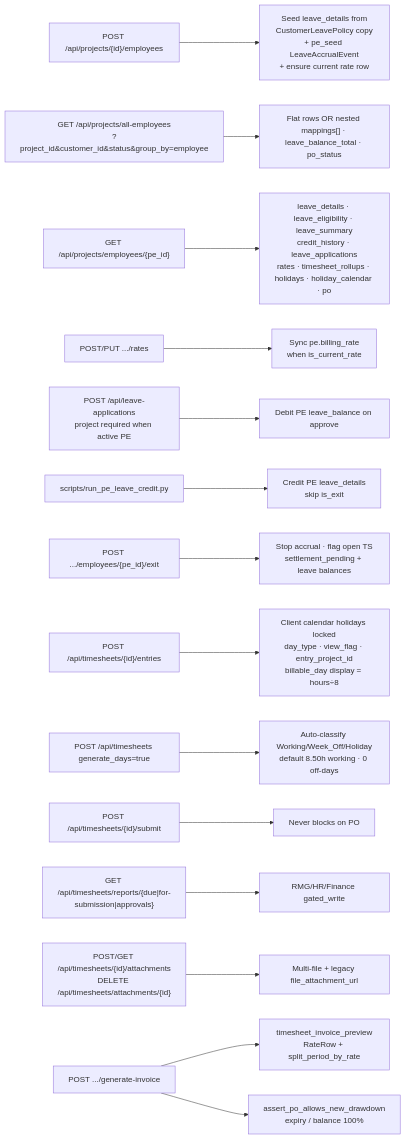
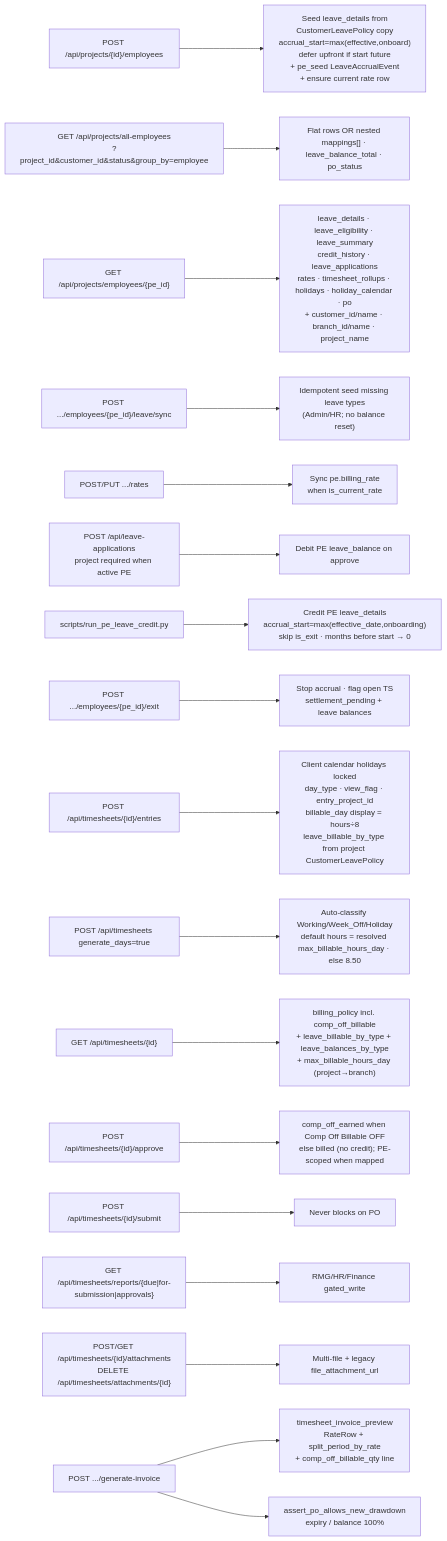
One commit to pawan-88/CRM-AI-Interview-Backend-B-V2 changed the eighth of 10 diagrams in docs/architecture/04-api-flow.md. Above: the diagram before and after it, drawn with Mermaid. The commit also changed other lines of this file and 63 other files, not shown here.

Commit message:
Add CRM delete cascades, leave effective_date, and project/leave billing policy APIs.

````diff
--- a/docs/architecture/04-api-flow.md
+++ b/docs/architecture/04-api-flow.md
@@ -181,17 +182,20 @@
 ```mermaid
 flowchart LR
-    map["POST /api/projects/{id}/employees"] --> seed["Seed leave_details from<br/>CustomerLeavePolicy copy<br/>+ pe_seed LeaveAccrualEvent<br/>+ ensure current rate row"]
+    map["POST /api/projects/{id}/employees"] --> seed["Seed leave_details from<br/>CustomerLeavePolicy copy<br/>accrual_start=max(effective,onboard)<br/>defer upfront if start future<br/>+ pe_seed LeaveAccrualEvent<br/>+ ensure current rate row"]
     list["GET /api/projects/all-employees<br/>?project_id&customer_id&status&group_by=employee"] --> enrich["Flat rows OR nested mappings[] · leave_balance_total · po_status"]
-    detail["GET /api/projects/employees/{pe_id}"] --> nested["leave_details · leave_eligibility · leave_summary<br/>credit_history · leave_applications<br/>rates · timesheet_rollups · holidays · holiday_calendar · po"]
+    detail["GET /api/projects/employees/{pe_id}"] --> nested["leave_details · leave_eligibility · leave_summary<br/>credit_history · leave_applications<br/>rates · timesheet_rollups · holidays · holiday_calendar · po<br/>+ customer_id/name · branch_id/name · project_name"]
+    syncLeave["POST .../employees/{pe_id}/leave/sync"] --> seedGap["Idempotent seed missing leave types<br/>(Admin/HR; no balance reset)"]
     rates["POST/PUT .../rates"] --> sync["Sync pe.billing_rate<br/>when is_current_rate"]
     leaveApp["POST /api/leave-applications<br/>project required when active PE"] --> peBal["Debit PE leave_balance on approve"]
-    credit["scripts/run_pe_leave_credit.py"] --> peBal2["Credit PE leave_details<br/>skip is_exit"]
+    credit["scripts/run_pe_leave_credit.py"] --> peBal2["Credit PE leave_details<br/>accrual_start=max(effective_date,onboarding)<br/>skip is_exit · months before start → 0"]
     exitEp["POST .../employees/{pe_id}/exit"] --> stop["Stop accrual · flag open TS<br/>settlement_pending + leave balances"]
-    tsLock["POST /api/timesheets/{id}/entries"] --> holLock["Client calendar holidays locked<br/>day_type · view_flag · entry_project_id<br/>billable_day display = hours÷8"]
-    tsCreate["POST /api/timesheets generate_days=true"] --> autoDay["Auto-classify Working/Week_Off/Holiday<br/>default 8.50h working · 0 off-days"]
+    tsLock["POST /api/timesheets/{id}/entries"] --> holLock["Client calendar holidays locked<br/>day_type · view_flag · entry_project_id<br/>billable_day display = hours÷8<br/>leave_billable_by_type from project CustomerLeavePolicy"]
+    tsCreate["POST /api/timesheets generate_days=true"] --> autoDay["Auto-classify Working/Week_Off/Holiday<br/>default hours = resolved max_billable_hours_day · else 8.50"]
+    tsDetail["GET /api/timesheets/{id}"] --> leaveMap["billing_policy incl. comp_off_billable<br/>+ leave_billable_by_type + leave_balances_by_type<br/>+ max_billable_hours_day (project→branch)"]
+    tsApprove["POST /api/timesheets/{id}/approve"] --> compOff["comp_off_earned when Comp Off Billable OFF<br/>else billed (no credit); PE-scoped when mapped"]
     tsSubmit["POST /api/timesheets/{id}/submit"] --> noPo["Never blocks on PO"]
     tsRpt["GET /api/timesheets/reports/{due|for-submission|approvals}"] --> rmg["RMG/HR/Finance gated_write"]
     tsAtt["POST/GET /api/timesheets/{id}/attachments<br/>DELETE /api/timesheets/attachments/{id}"] --> multi["Multi-file + legacy file_attachment_url"]
-    inv["POST .../generate-invoice"] --> rateEng["timesheet_invoice_preview<br/>RateRow + split_period_by_rate"]
+    inv["POST .../generate-invoice"] --> rateEng["timesheet_invoice_preview<br/>RateRow + split_period_by_rate<br/>+ comp_off_billable_qty line"]
     inv --> poGate["assert_po_allows_new_drawdown<br/>expiry / balance 100%"]
 ```
````
